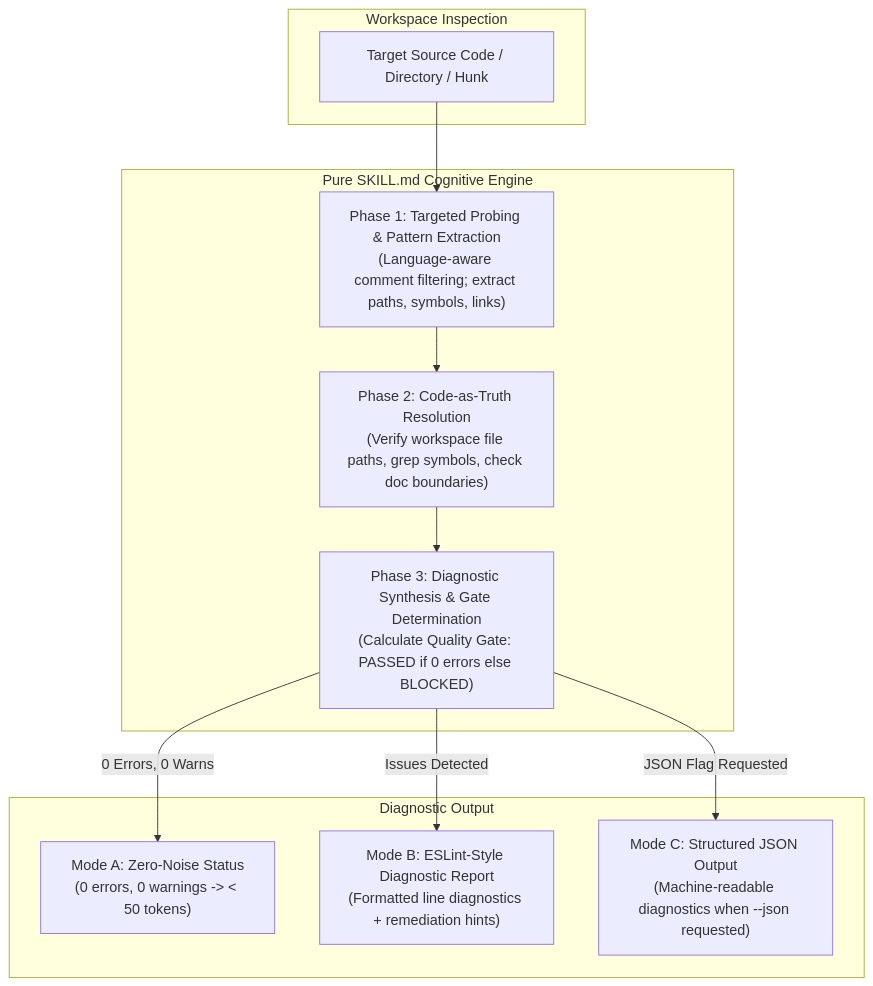
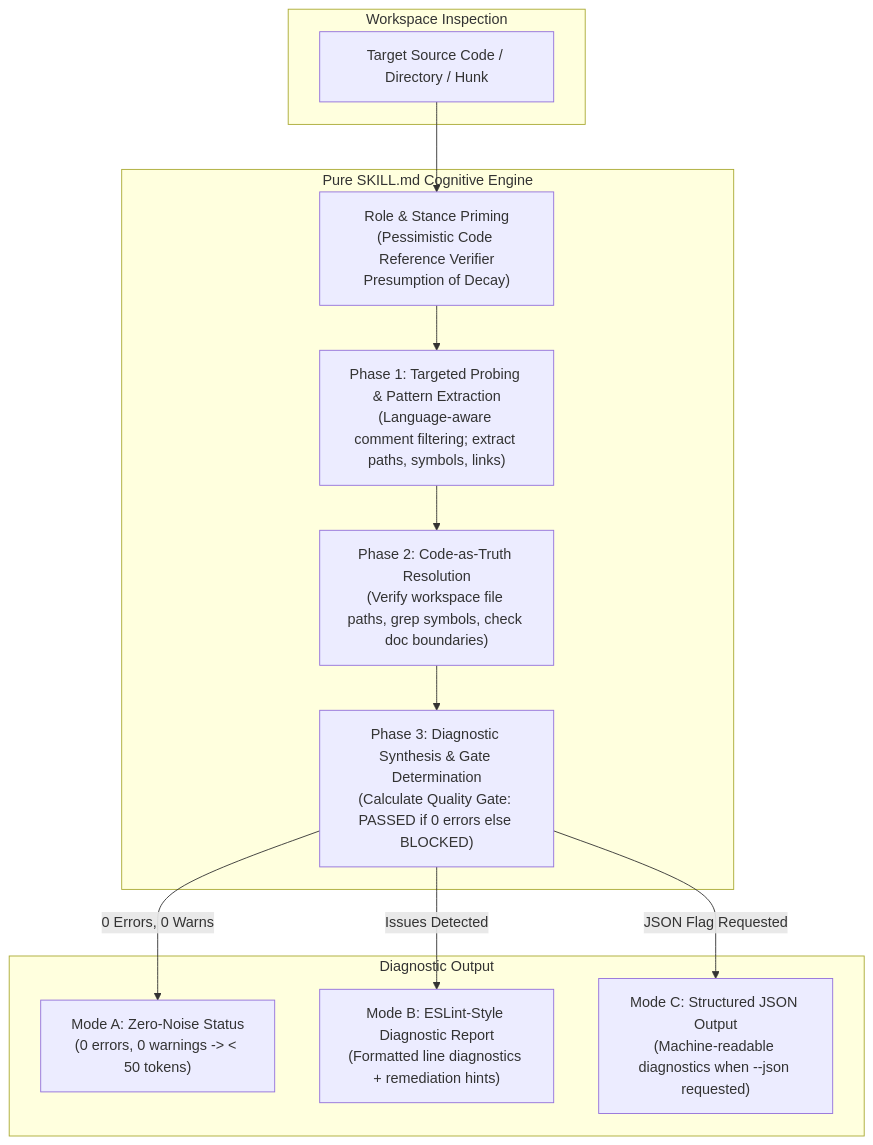
Before and after one commit to josudoey/skills: the diagram in docs/reference/code-reference-integrity.md, drawn with Mermaid. The commit also changed other lines of this file and 2 other files, not shown here.

Commit message:
feat(workflow): embed pessimistic verifier role and grounding stance in audit-stale-ref

````diff
--- a/docs/reference/code-reference-integrity.md
+++ b/docs/reference/code-reference-integrity.md
@@ -57,25 +64,27 @@
 ```mermaid
 flowchart TD
     subgraph Input["Workspace Inspection"]
         Target["Target Source Code / Directory / Hunk"]
     end
 
     subgraph AgentEngine["Pure SKILL.md Cognitive Engine"]
+        Stance["Role & Stance Priming\n(Pessimistic Code Reference Verifier\nPresumption of Decay)"]
         Phase1["Phase 1: Targeted Probing & Pattern Extraction\n(Language-aware comment filtering; extract paths, symbols, links)"]
         Phase2["Phase 2: Code-as-Truth Resolution\n(Verify workspace file paths, grep symbols, check doc boundaries)"]
         Phase3["Phase 3: Diagnostic Synthesis & Gate Determination\n(Calculate Quality Gate: PASSED if 0 errors else BLOCKED)"]
     end
 
     subgraph Output["Diagnostic Output"]
         Clean["Mode A: Zero-Noise Status\n(0 errors, 0 warnings -> < 50 tokens)"]
         Report["Mode B: ESLint-Style Diagnostic Report\n(Formatted line diagnostics + remediation hints)"]
         JSONOutput["Mode C: Structured JSON Output\n(Machine-readable diagnostics when --json requested)"]
     end
 
-    Target --> Phase1
+    Target --> Stance
+    Stance --> Phase1
     Phase1 --> Phase2
     Phase2 --> Phase3
     Phase3 -->|0 Errors, 0 Warns| Clean
     Phase3 -->|Issues Detected| Report
     Phase3 -->|JSON Flag Requested| JSONOutput
 ```
````
